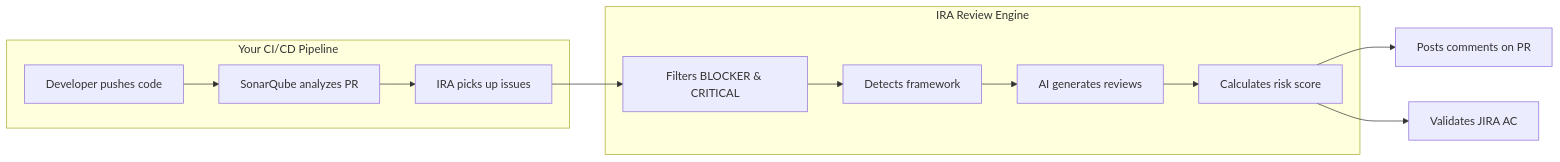
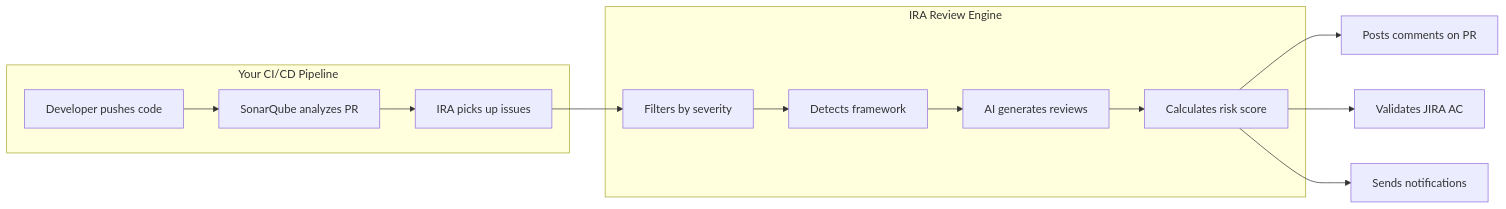
The first of 3 diagrams in README.md (patilmayur5572/ira-review), drawn with Mermaid before and after one commit. The commit also changed other lines of this file and 1 other file, not shown here.

````diff
--- a/README.md
+++ b/README.md
@@ -95,15 +95,16 @@
 ```mermaid
 flowchart LR
     subgraph Your CI/CD Pipeline
         A[Developer pushes code] --> B[SonarQube analyzes PR]
         B --> C[IRA picks up issues]
     end
     subgraph IRA Review Engine
-        C --> D[Filters BLOCKER & CRITICAL]
+        C --> D[Filters by severity]
         D --> E[Detects framework]
         E --> F[AI generates reviews]
         F --> G[Calculates risk score]
     end
     G --> H[Posts comments on PR]
     G --> I[Validates JIRA AC]
+    G --> J[Sends notifications]
 ```
````
